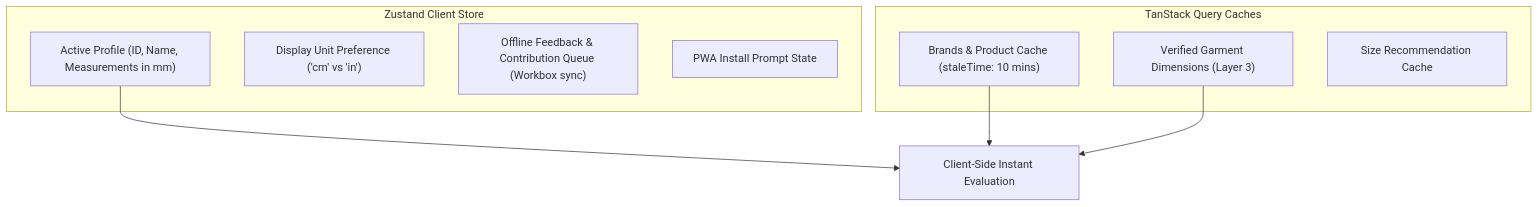
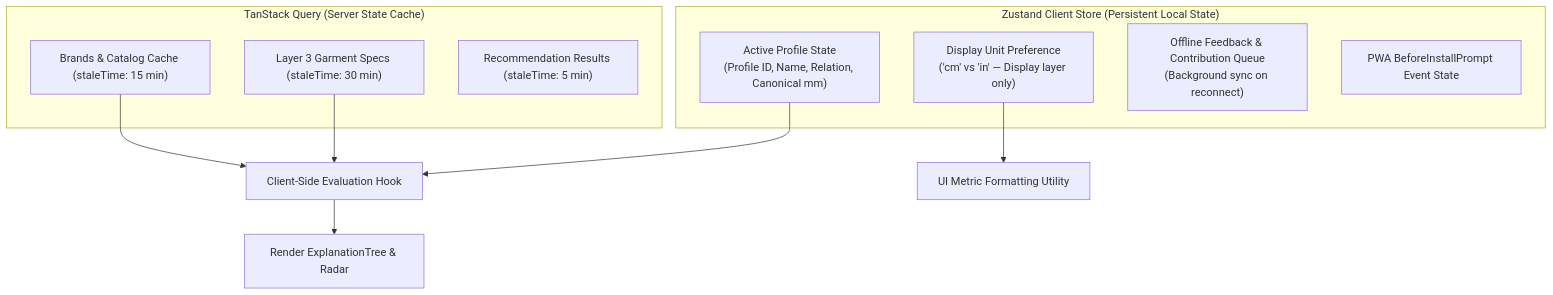
Before and after one commit to Aarush1137/WearID: the diagram in docs/component-hierarchy.md, drawn with Mermaid. The commit also changed other lines of this file and 89 other files, not shown here.

Commit message:
feat(pwa): complete Phase 1 deterministic sizing engine, 3-path onboarding, and editorial passport UI

````diff
--- a/docs/component-hierarchy.md
+++ b/docs/component-hierarchy.md
@@ -71,19 +111,21 @@
 ```mermaid
 flowchart TD
-    subgraph ClientStore ["Zustand Client Store"]
-        ProfileState["Active Profile (ID, Name, Measurements in mm)"]
-        UnitPreference["Display Unit Preference ('cm' vs 'in')"]
-        OfflineQueue["Offline Feedback & Contribution Queue (Workbox sync)"]
-        InstallBanner["PWA Install Prompt State"]
+    subgraph ClientStore ["Zustand Client Store (Persistent Local State)"]
+        ActiveProfile["Active Profile State<br/>(Profile ID, Name, Relation, Canonical mm)"]
+        UnitPref["Display Unit Preference<br/>('cm' vs 'in' — Display layer only)"]
+        OfflineQueue["Offline Feedback & Contribution Queue<br/>(Background sync on reconnect)"]
+        PWAInstallPrompt["PWA BeforeInstallPrompt Event State"]
     end
 
-    subgraph ServerState ["TanStack Query Caches"]
-        BrandCatalog["Brands & Product Cache (staleTime: 10 mins)"]
-        GarmentSpecs["Verified Garment Dimensions (Layer 3)"]
-        RecHistory["Size Recommendation Cache"]
+    subgraph ServerCache ["TanStack Query (Server State Cache)"]
+        BrandCache["Brands & Catalog Cache (staleTime: 15 min)"]
+        GarmentCache["Layer 3 Garment Specs (staleTime: 30 min)"]
+        RecommendationCache["Recommendation Results (staleTime: 5 min)"]
     end
 
-    ProfileState --> RecEngine["Client-Side Instant Evaluation"]
-    BrandCatalog --> RecEngine
-    GarmentSpecs --> RecEngine
+    ActiveProfile --> EngineTrigger["Client-Side Evaluation Hook"]
+    UnitPref --> PresentationLayer["UI Metric Formatting Utility"]
+    BrandCache --> EngineTrigger
+    GarmentCache --> EngineTrigger
+    EngineTrigger --> ExplanationView["Render ExplanationTree & Radar"]
 ```
````
